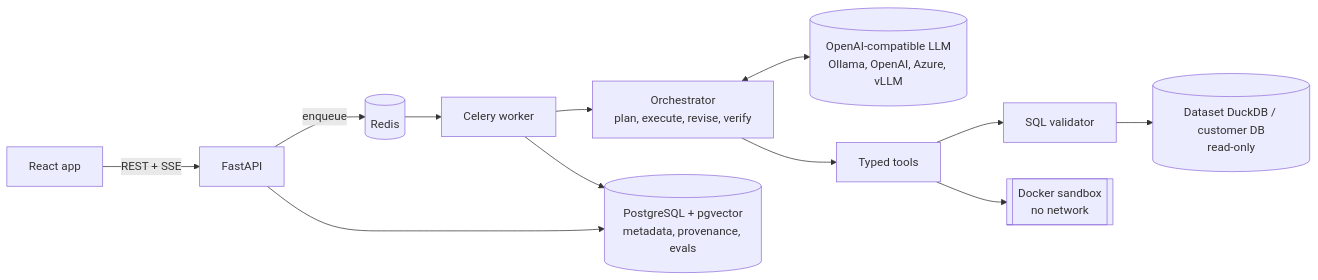
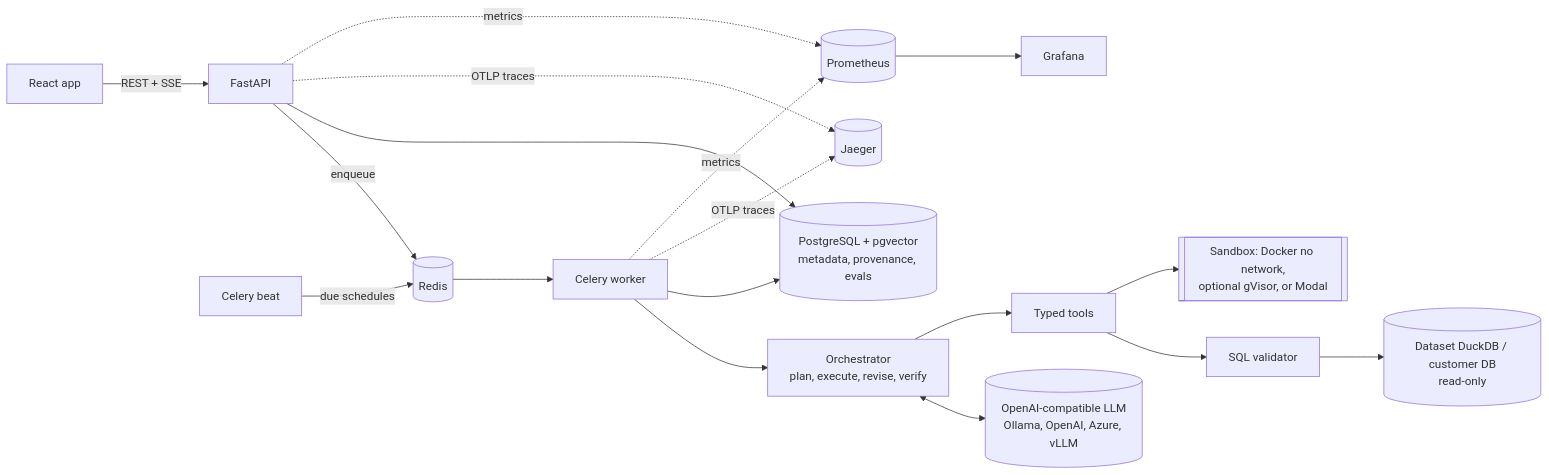
The diagram in README.md (LaibaKhawar/AnalystOS), drawn with Mermaid before and after one commit. The commit also changed other lines of this file and 7 other files, not shown here.

````diff
--- a/README.md
+++ b/README.md
@@ -57,11 +85,14 @@
 ```mermaid
 flowchart LR
   UI[React app] -- REST + SSE --> API[FastAPI]
   API -- enqueue --> Q[(Redis)] --> W[Celery worker]
   W --> ORC[Orchestrator<br/>plan, execute, revise, verify]
   ORC <--> LLM[(OpenAI-compatible LLM<br/>Ollama, OpenAI, Azure, vLLM)]
   ORC --> T[Typed tools]
   T --> V[SQL validator] --> D[(Dataset DuckDB / customer DB<br/>read-only)]
-  T --> S[[Docker sandbox<br/>no network]]
+  T --> S[[Sandbox: Docker no network,<br/>optional gVisor, or Modal]]
   API & W --> PG[(PostgreSQL + pgvector<br/>metadata, provenance, evals)]
+  B[Celery beat] -- due schedules --> Q
+  API & W -. OTLP traces .-> J[(Jaeger)]
+  API & W -. metrics .-> P[(Prometheus)] --> G[Grafana]
 ```
````
